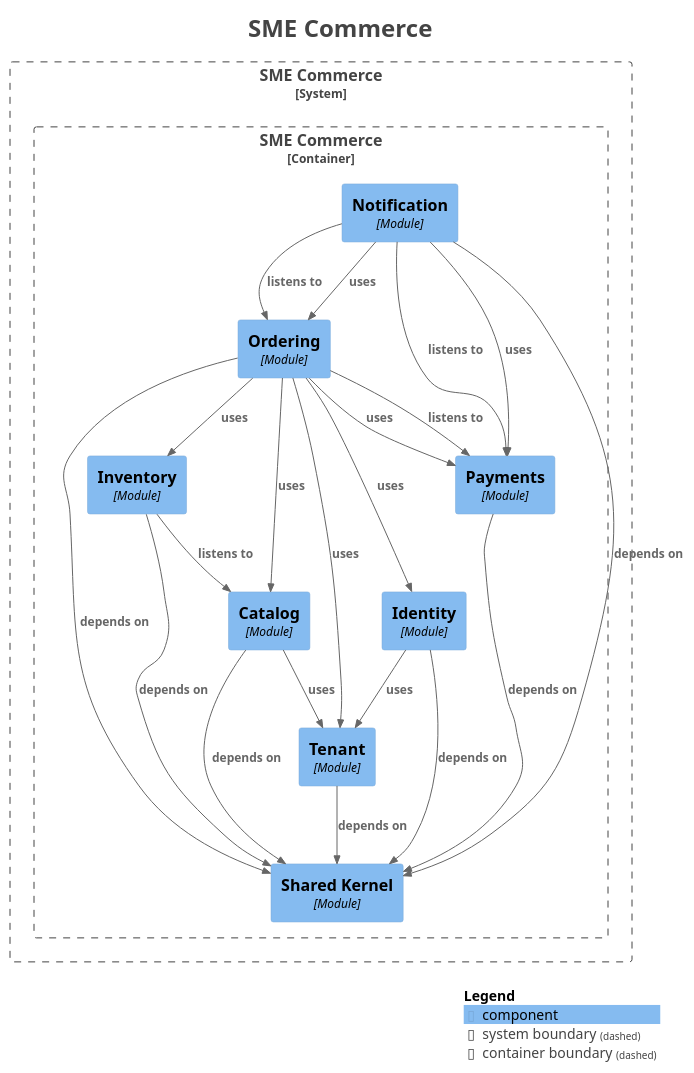
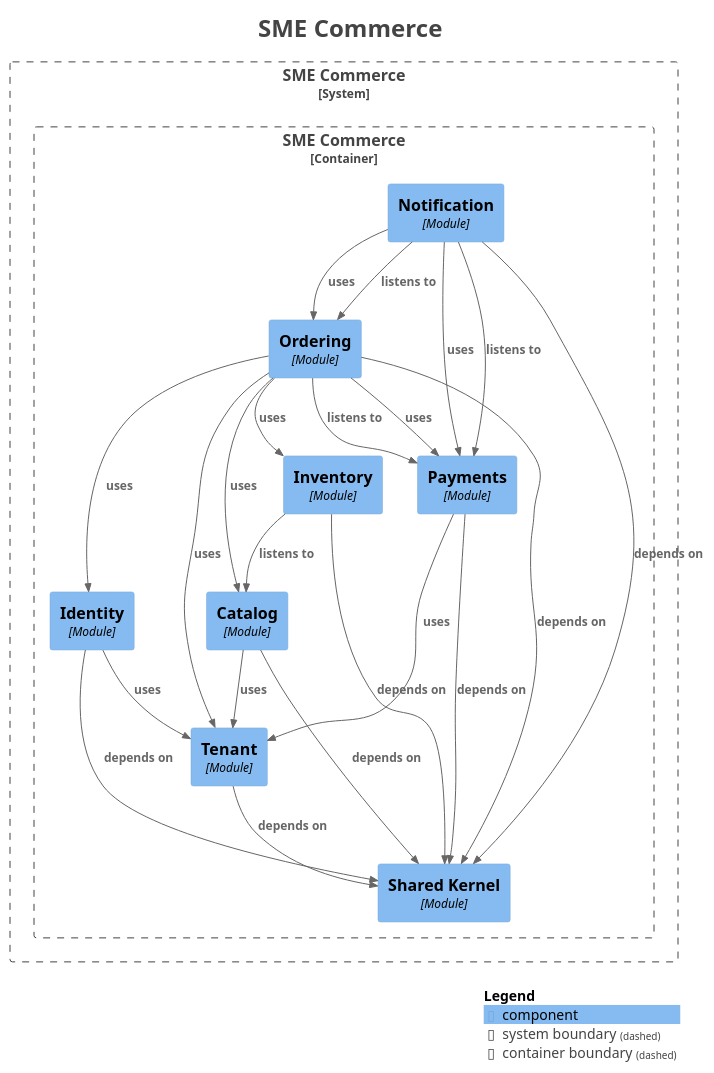
One commit to hezronokwach/sme-commerce-platform changed the diagram in docs/modules/components.puml. Above: the diagram before and after it, drawn with PlantUML. The commit also changed 39 other files, not shown here.

```diff
--- a/docs/modules/components.puml
+++ b/docs/modules/components.puml
@@ -1,55 +1,56 @@
 @startuml
 title <size:24>SME Commerce</size>
 
 set separator none
 top to bottom direction
 
 <style>
   root {
     BackgroundColor: #ffffff
     FontColor: #444444
   }
 </style>
 
 !include <C4/C4>
 !include <C4/C4_Context>
 !include <C4/C4_Component>
 
 System_Boundary("SMECommerce_boundary", "SME Commerce", $tags="") {
   Container_Boundary("SMECommerce.SMECommerce_boundary", "SME Commerce", $tags="") {
     Component(SMECommerce.SMECommerce.Inventory, "Inventory", $techn="Module", $descr="", $tags="", $link="")
     Component(SMECommerce.SMECommerce.Ordering, "Ordering", $techn="Module", $descr="", $tags="", $link="")
     Component(SMECommerce.SMECommerce.Notification, "Notification", $techn="Module", $descr="", $tags="", $link="")
     Component(SMECommerce.SMECommerce.SharedKernel, "Shared Kernel", $techn="Module", $descr="", $tags="", $link="")
-    Component(SMECommerce.SMECommerce.Payments, "Payments", $techn="Module", $descr="", $tags="", $link="")
     Component(SMECommerce.SMECommerce.Tenant, "Tenant", $techn="Module", $descr="", $tags="", $link="")
     Component(SMECommerce.SMECommerce.Catalog, "Catalog", $techn="Module", $descr="", $tags="", $link="")
     Component(SMECommerce.SMECommerce.Identity, "Identity", $techn="Module", $descr="", $tags="", $link="")
+    Component(SMECommerce.SMECommerce.Payments, "Payments", $techn="Module", $descr="", $tags="", $link="")
   }
 
 }
 
-Rel(SMECommerce.SMECommerce.Payments, SMECommerce.SMECommerce.SharedKernel, "depends on", $techn="", $tags="", $link="")
 Rel(SMECommerce.SMECommerce.Identity, SMECommerce.SMECommerce.SharedKernel, "depends on", $techn="", $tags="", $link="")
 Rel(SMECommerce.SMECommerce.Identity, SMECommerce.SMECommerce.Tenant, "uses", $techn="", $tags="", $link="")
+Rel(SMECommerce.SMECommerce.Payments, SMECommerce.SMECommerce.SharedKernel, "depends on", $techn="", $tags="", $link="")
+Rel(SMECommerce.SMECommerce.Payments, SMECommerce.SMECommerce.Tenant, "uses", $techn="", $tags="", $link="")
 Rel(SMECommerce.SMECommerce.Inventory, SMECommerce.SMECommerce.Catalog, "listens to", $techn="", $tags="", $link="")
 Rel(SMECommerce.SMECommerce.Inventory, SMECommerce.SMECommerce.SharedKernel, "depends on", $techn="", $tags="", $link="")
-Rel(SMECommerce.SMECommerce.Tenant, SMECommerce.SMECommerce.SharedKernel, "depends on", $techn="", $tags="", $link="")
 Rel(SMECommerce.SMECommerce.Catalog, SMECommerce.SMECommerce.SharedKernel, "depends on", $techn="", $tags="", $link="")
 Rel(SMECommerce.SMECommerce.Catalog, SMECommerce.SMECommerce.Tenant, "uses", $techn="", $tags="", $link="")
 Rel(SMECommerce.SMECommerce.Ordering, SMECommerce.SMECommerce.Payments, "listens to", $techn="", $tags="", $link="")
 Rel(SMECommerce.SMECommerce.Ordering, SMECommerce.SMECommerce.SharedKernel, "depends on", $techn="", $tags="", $link="")
 Rel(SMECommerce.SMECommerce.Ordering, SMECommerce.SMECommerce.Tenant, "uses", $techn="", $tags="", $link="")
+Rel(SMECommerce.SMECommerce.Ordering, SMECommerce.SMECommerce.Payments, "uses", $techn="", $tags="", $link="")
 Rel(SMECommerce.SMECommerce.Ordering, SMECommerce.SMECommerce.Inventory, "uses", $techn="", $tags="", $link="")
 Rel(SMECommerce.SMECommerce.Ordering, SMECommerce.SMECommerce.Catalog, "uses", $techn="", $tags="", $link="")
 Rel(SMECommerce.SMECommerce.Ordering, SMECommerce.SMECommerce.Identity, "uses", $techn="", $tags="", $link="")
-Rel(SMECommerce.SMECommerce.Ordering, SMECommerce.SMECommerce.Payments, "uses", $techn="", $tags="", $link="")
+Rel(SMECommerce.SMECommerce.Notification, SMECommerce.SMECommerce.Ordering, "listens to", $techn="", $tags="", $link="")
 Rel(SMECommerce.SMECommerce.Notification, SMECommerce.SMECommerce.Payments, "listens to", $techn="", $tags="", $link="")
-Rel(SMECommerce.SMECommerce.Notification, SMECommerce.SMECommerce.Ordering, "listens to", $techn="", $tags="", $link="")
 Rel(SMECommerce.SMECommerce.Notification, SMECommerce.SMECommerce.SharedKernel, "depends on", $techn="", $tags="", $link="")
 Rel(SMECommerce.SMECommerce.Notification, SMECommerce.SMECommerce.Ordering, "uses", $techn="", $tags="", $link="")
 Rel(SMECommerce.SMECommerce.Notification, SMECommerce.SMECommerce.Payments, "uses", $techn="", $tags="", $link="")
+Rel(SMECommerce.SMECommerce.Tenant, SMECommerce.SMECommerce.SharedKernel, "depends on", $techn="", $tags="", $link="")
 
 SHOW_LEGEND(true)
 hide stereotypes
 @enduml
```
